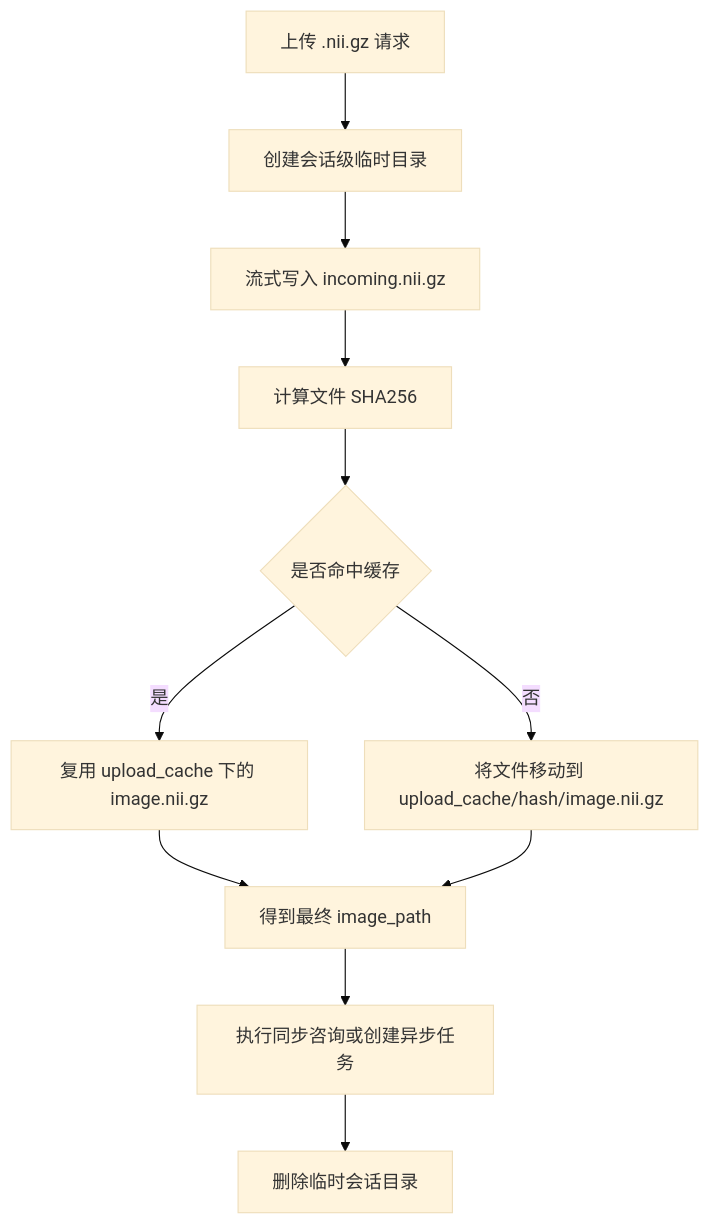
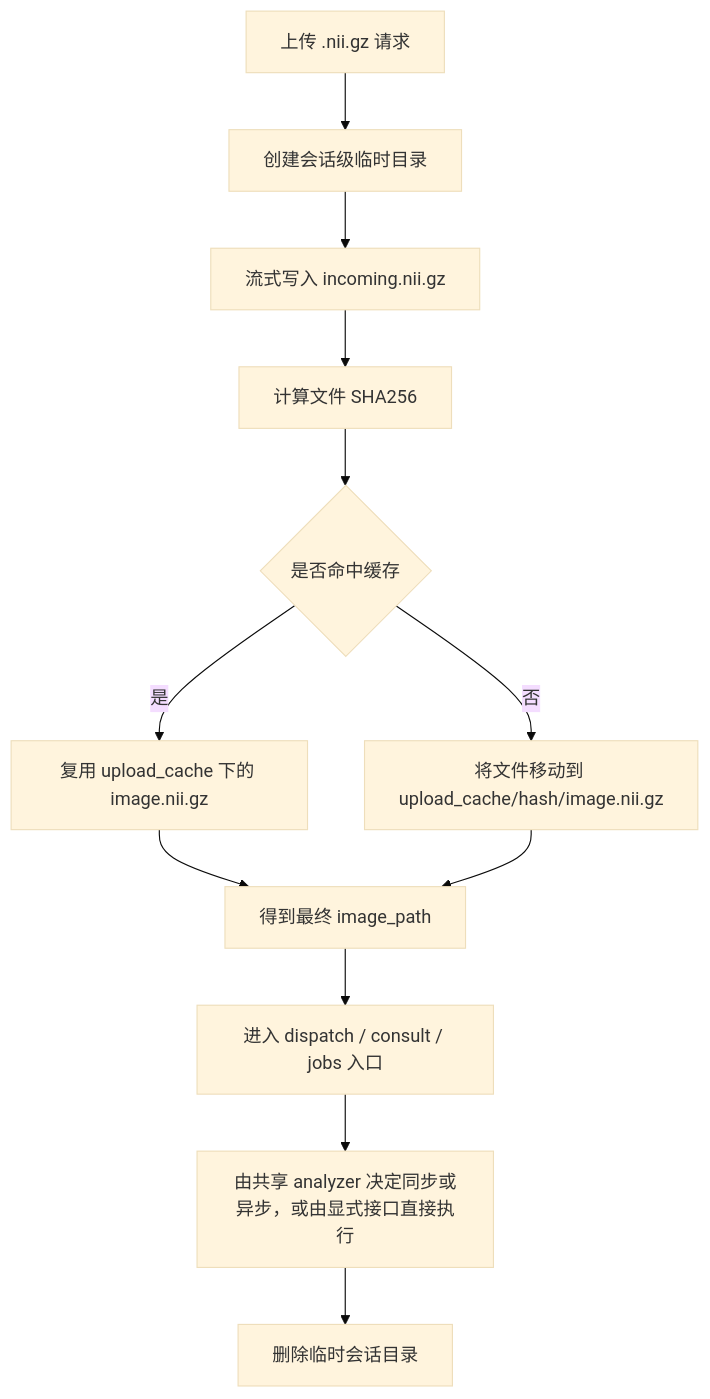
One commit to jiliguluhua/liver_rag changed the sixth of 9 diagrams in docs/backend_architecture.md. Above: the diagram before and after it, drawn with Mermaid (base theme). The commit also changed other lines of this file, not shown here.

````diff
--- a/docs/backend_architecture.md
+++ b/docs/backend_architecture.md
@@ -116,13 +144,14 @@
 ```mermaid
 flowchart TD
     A[上传 .nii.gz 请求] --> B[创建会话级临时目录]
     B --> C[流式写入 incoming.nii.gz]
     C --> D[计算文件 SHA256]
     D --> E{是否命中缓存}
     E -->|是| F[复用 upload_cache 下的 image.nii.gz]
     E -->|否| G[将文件移动到 upload_cache/hash/image.nii.gz]
     F --> H[得到最终 image_path]
     G --> H
-    H --> I[执行同步咨询或创建异步任务]
-    I --> J[删除临时会话目录]
+    H --> I[进入 dispatch / consult / jobs 入口]
+    I --> J[由共享 analyzer 决定同步或异步，或由显式接口直接执行]
+    J --> K[删除临时会话目录]
 ```
````
